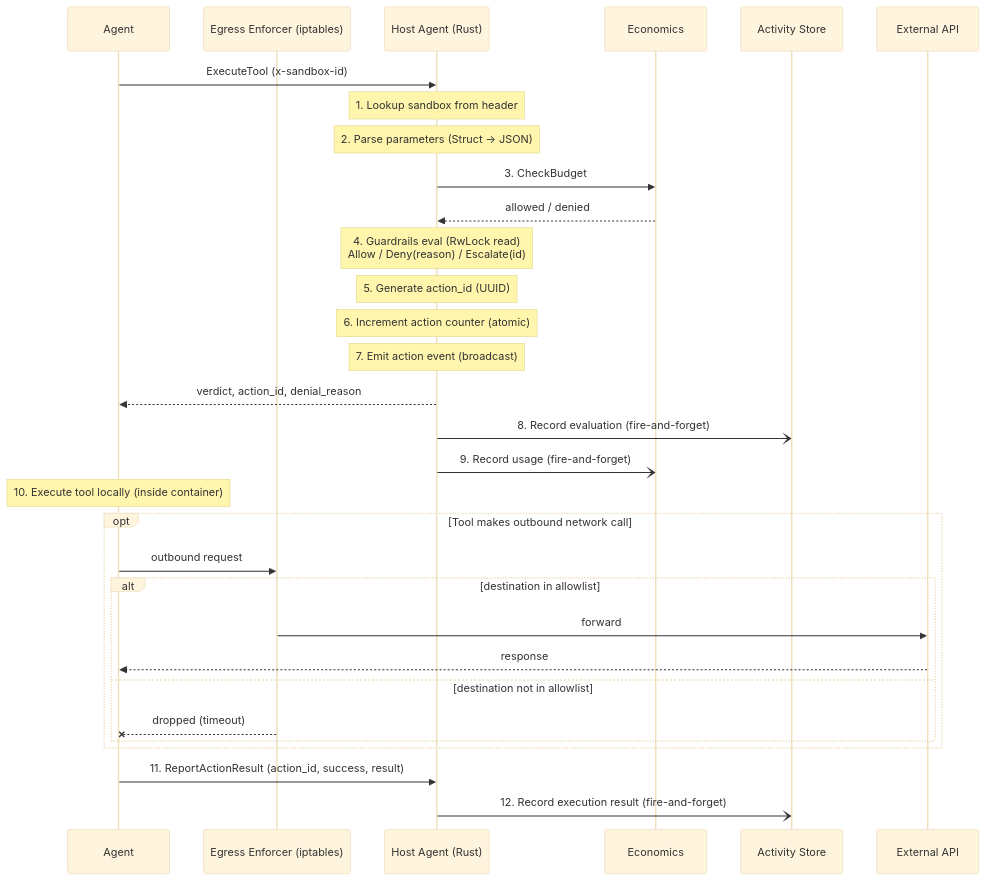
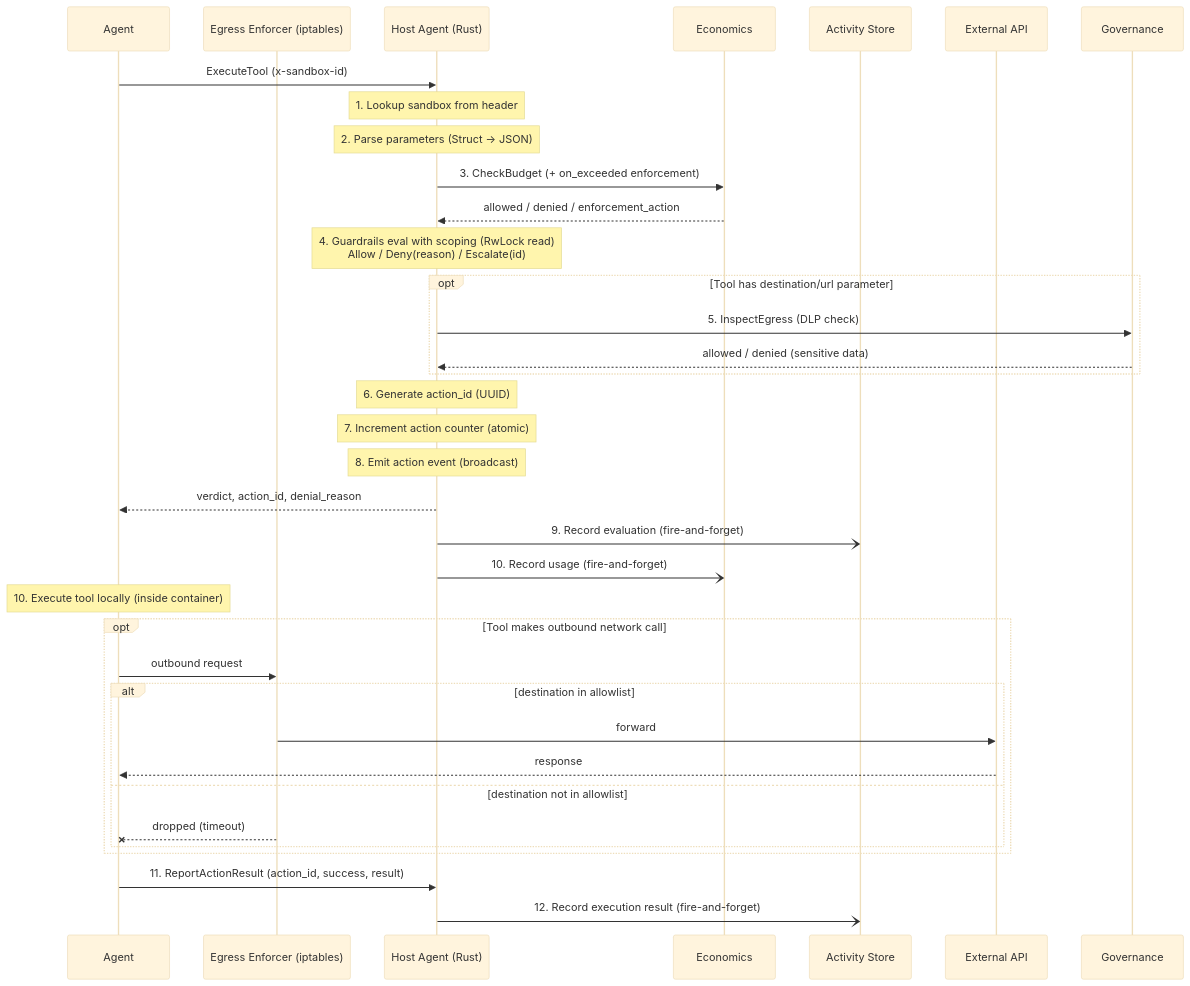
The second of 5 diagrams in docs/architecture.md (Baselyne-Systems/agent-sandbox-platform), drawn with Mermaid (base theme) before and after one commit. The commit also changed other lines of this file and 39 other files, not shown here.

````diff
--- a/docs/architecture.md
+++ b/docs/architecture.md
@@ -178,35 +210,39 @@
 ```mermaid
 sequenceDiagram
     participant Agent
     participant Egress as Egress Enforcer (iptables)
     participant HA as Host Agent (Rust)
     participant Economics
     participant Activity as Activity Store
     participant Ext as External API
 
     Agent->>HA: ExecuteTool (x-sandbox-id)
     Note over HA: 1. Lookup sandbox from header
     Note over HA: 2. Parse parameters (Struct → JSON)
-    HA->>Economics: 3. CheckBudget
-    Economics-->>HA: allowed / denied
-    Note over HA: 4. Guardrails eval (RwLock read)<br/>Allow / Deny(reason) / Escalate(id)
-    Note over HA: 5. Generate action_id (UUID)
-    Note over HA: 6. Increment action counter (atomic)
-    Note over HA: 7. Emit action event (broadcast)
+    HA->>Economics: 3. CheckBudget (+ on_exceeded enforcement)
+    Economics-->>HA: allowed / denied / enforcement_action
+    Note over HA: 4. Guardrails eval with scoping (RwLock read)<br/>Allow / Deny(reason) / Escalate(id)
+    opt Tool has destination/url parameter
+        HA->>Governance: 5. InspectEgress (DLP check)
+        Governance-->>HA: allowed / denied (sensitive data)
+    end
+    Note over HA: 6. Generate action_id (UUID)
+    Note over HA: 7. Increment action counter (atomic)
+    Note over HA: 8. Emit action event (broadcast)
     HA-->>Agent: verdict, action_id, denial_reason
-    HA-)Activity: 8. Record evaluation (fire-and-forget)
-    HA-)Economics: 9. Record usage (fire-and-forget)
+    HA-)Activity: 9. Record evaluation (fire-and-forget)
+    HA-)Economics: 10. Record usage (fire-and-forget)
 
     Note over Agent: 10. Execute tool locally (inside container)
     opt Tool makes outbound network call
         Agent->>Egress: outbound request
         alt destination in allowlist
             Egress->>Ext: forward
             Ext-->>Agent: response
         else destination not in allowlist
             Egress--xAgent: dropped (timeout)
         end
     end
     Agent->>HA: 11. ReportActionResult (action_id, success, result)
     HA-)Activity: 12. Record execution result (fire-and-forget)
 ```
````
